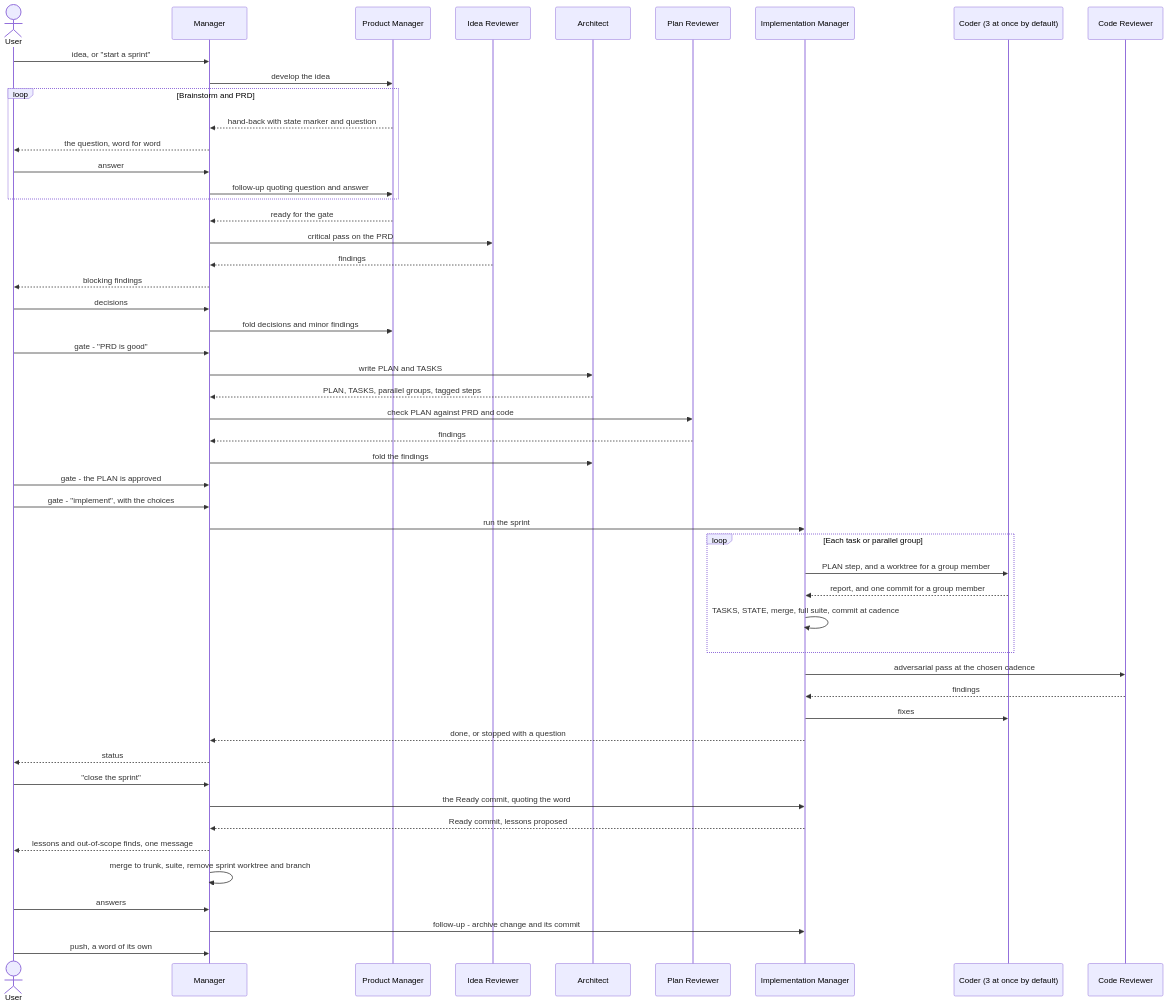
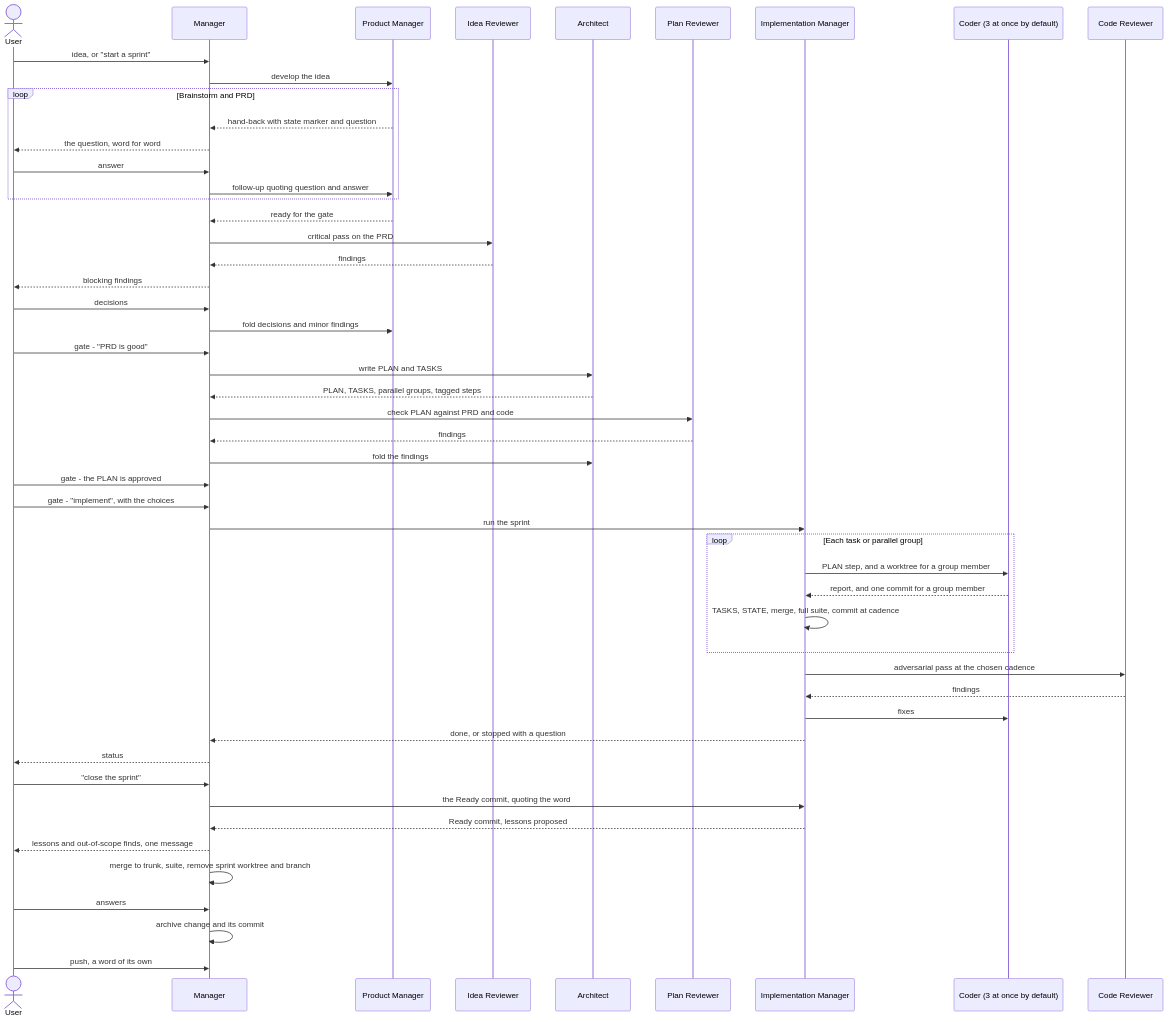
One commit to yzaremba/ai-skills changed the second of 2 diagrams in docs/agent-roles-framework.md. Above: the diagram before and after it, drawn with Mermaid. The commit also changed other lines of this file and 23 other files, not shown here.

````diff
--- a/docs/agent-roles-framework.md
+++ b/docs/agent-roles-framework.md
@@ -88,57 +88,57 @@
 ```mermaid
 sequenceDiagram
     actor U as User
     participant M as Manager
     participant PM as Product Manager
     participant IR as Idea Reviewer
     participant A as Architect
     participant PR as Plan Reviewer
     participant IM as Implementation Manager
     participant C as Coder (3 at once by default)
     participant CR as Code Reviewer
 
     U->>M: idea, or "start a sprint"
     M->>PM: develop the idea
     loop Brainstorm and PRD
         PM-->>M: hand-back with state marker and question
         M-->>U: the question, word for word
         U->>M: answer
         M->>PM: follow-up quoting question and answer
     end
     PM-->>M: ready for the gate
     M->>IR: critical pass on the PRD
     IR-->>M: findings
     M-->>U: blocking findings
     U->>M: decisions
     M->>PM: fold decisions and minor findings
 
     U->>M: gate - "PRD is good"
     M->>A: write PLAN and TASKS
     A-->>M: PLAN, TASKS, parallel groups, tagged steps
     M->>PR: check PLAN against PRD and code
     PR-->>M: findings
     M->>A: fold the findings
     U->>M: gate - the PLAN is approved
 
     U->>M: gate - "implement", with the choices
     M->>IM: run the sprint
     loop Each task or parallel group
         IM->>C: PLAN step, and a worktree for a group member
         C-->>IM: report, and one commit for a group member
         IM->>IM: TASKS, STATE, merge, full suite, commit at cadence
     end
     IM->>CR: adversarial pass at the chosen cadence
     CR-->>IM: findings
     IM->>C: fixes
     IM-->>M: done, or stopped with a question
     M-->>U: status
 
     U->>M: "close the sprint"
     M->>IM: the Ready commit, quoting the word
     IM-->>M: Ready commit, lessons proposed
     M-->>U: lessons and out-of-scope finds, one message
     M->>M: merge to trunk, suite, remove sprint worktree and branch
     U->>M: answers
-    M->>IM: follow-up - archive change and its commit
+    M->>M: archive change and its commit
     U->>M: push, a word of its own
 ```
````
